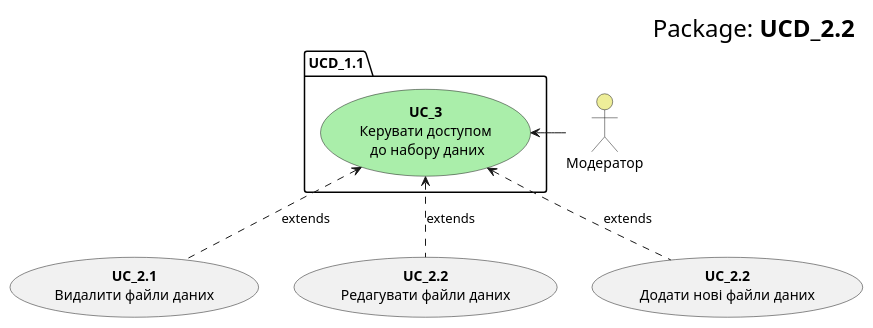
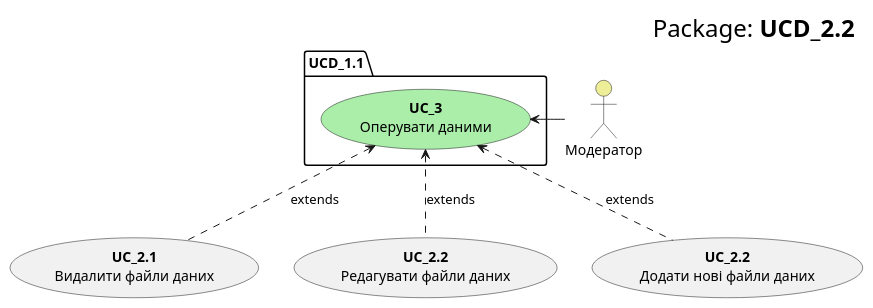
The diagram in src/uml/usecase22.puml (KarmazinN/db_open_data), drawn with PlantUML before and after one commit.

```diff
--- a/src/uml/usecase22.puml
+++ b/src/uml/usecase22.puml
@@ -1,21 +1,21 @@
 @startuml
     right header
         <font size=24 color=black>Package:<b> UCD_2.2
     end header
 
     package UCD_1.1 {
-        usecase "<b>UC_3</b>\nКерувати доступом\n до набору даних" as UC_3 #aaeeaa
+        usecase "<b>UC_3</b>\nОперувати даними" as UC_3 #aaeeaa
     }
     
     actor "Модератор" as Moder #eeee99
     Moder -l-> UC_3
     
     usecase "<b>UC_2.1</b>\nВидалити файли даних" as UC_3.1
     usecase "<b>UC_2.2</b>\nРедагувати файли даних" as UC_3.2
     usecase "<b>UC_2.2</b>\nДодати нові файли даних" as UC_3.3
     
     UC_3.1 .u.> UC_3: extends
     UC_3.2 .u.> UC_3: extends
     UC_3.3 .u.> UC_3: extends
     
 @enduml
```
